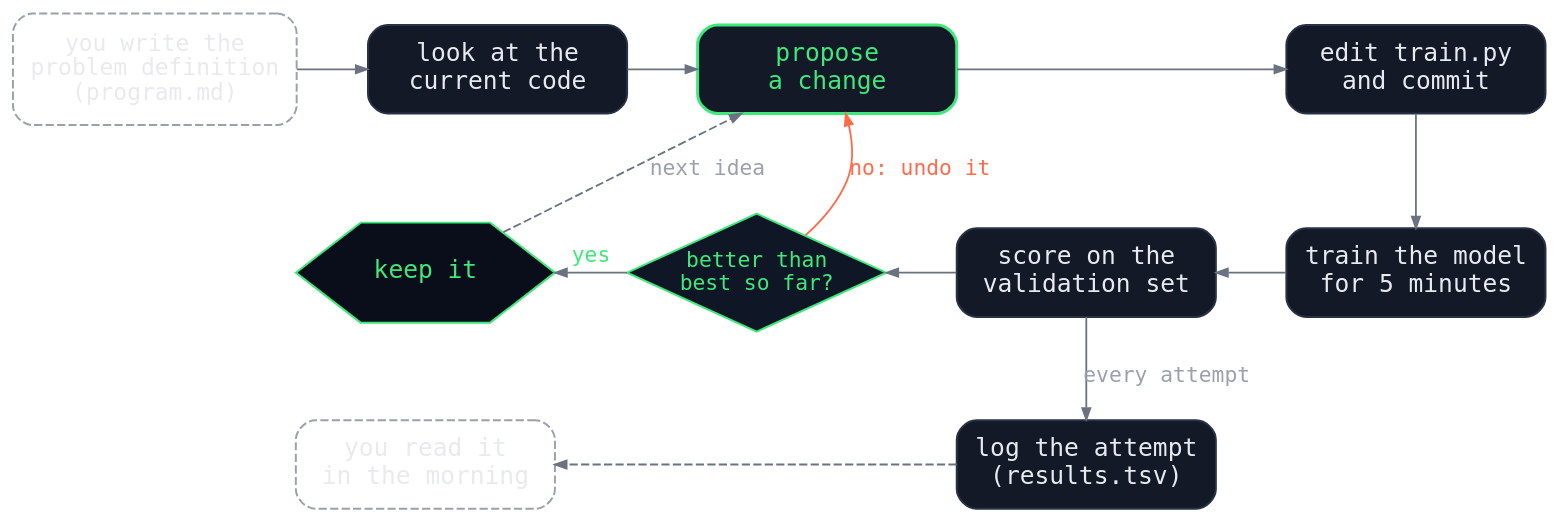
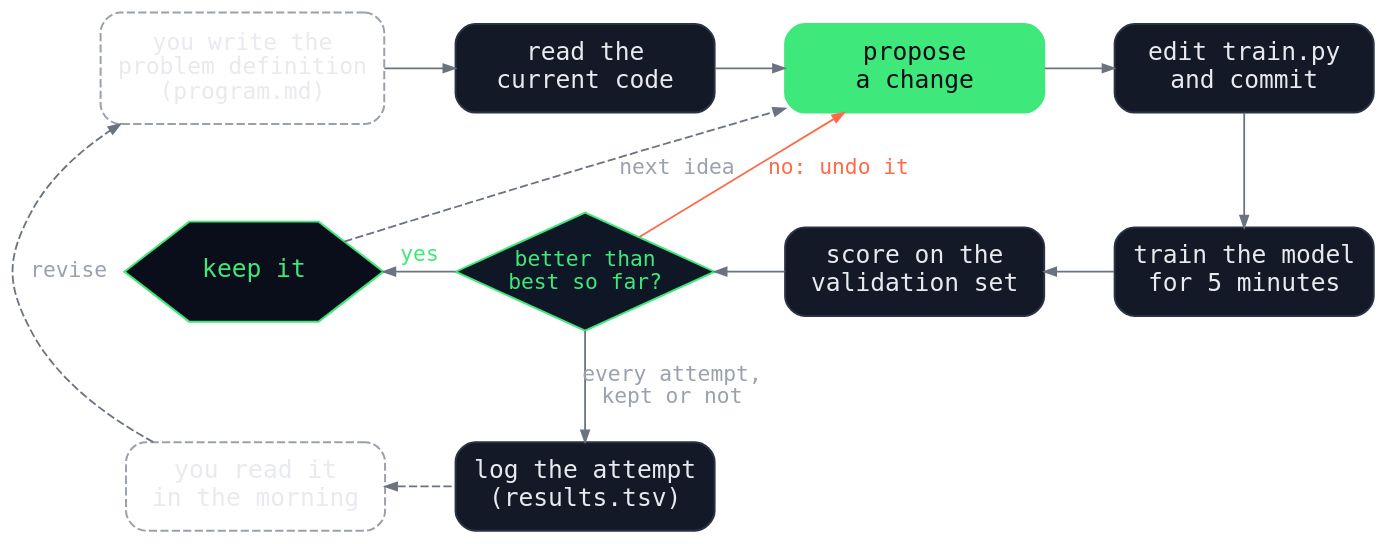
Before and after one commit to marketneutral/marketneutral.github.io: the diagram in src/posts/ai-scientist/autoresearch-loop.dot, drawn with Graphviz. The commit also changed 7 other files, not shown here.

```diff
--- a/src/posts/ai-scientist/autoresearch-loop.dot
+++ b/src/posts/ai-scientist/autoresearch-loop.dot
@@ -1,60 +1,62 @@
 // Source for autoresearch-loop.svg. Re-render with:
 //   dot -Tsvg autoresearch-loop.dot -o autoresearch-loop.svg
 // Deliberately mirrors scientific-method.dot: the same two-row layout, with
-// each step relabelled as the step autoresearch runs in its place. A third
-// row adds the log. Every step is the agent's unless it says "you".
+// each step relabelled as the step autoresearch runs in its place, and the
+// hypothesis slot filled in to mark the step handed to the model. A third row
+// adds the log. Every step is the agent's unless it says "you".
 digraph autoresearch {
   rankdir=TB;
   bgcolor="transparent";
   pad=0.25;
   nodesep=0.30;
   ranksep=0.55;
   fontname="IBM Plex Mono, Menlo, DejaVu Sans Mono, monospace";
   node [shape=box, style="rounded,filled", fillcolor="#131927", color="#2a3344",
         fontcolor="#e8eaf0", fontname="IBM Plex Mono, Menlo, DejaVu Sans Mono, monospace",
         fontsize=15, margin="0.10,0.14", penwidth=1.2, width=2.2, height=0.75, fixedsize=true];
   edge [color="#6b7280", arrowsize=0.7, penwidth=1.1,
         fontname="IBM Plex Mono, Menlo, DejaVu Sans Mono, monospace",
         fontsize=13, fontcolor="#9aa1ad"];
 
   PM   [label="you write the\nproblem definition\n(program.md)", style="rounded,dashed", color="#9aa1ad", width=2.4, height=0.95, fontsize=14];
-  READ [label="look at the\ncurrent code"];
-  H    [label="propose\na change", color="#3ee87a", fontcolor="#3ee87a", penwidth=1.8];
+  READ [label="read the\ncurrent code"];
+  H    [label="propose\na change", fillcolor="#3ee87a", color="#3ee87a", fontcolor="#0a0e1a"];
   P    [label="edit train.py\nand commit"];
   T    [label="keep it", shape=hexagon, style="filled", fillcolor="#0a0e1a",
         color="#3ee87a", fontcolor="#3ee87a", margin="0.04,0.02", width=2.2, height=0.85, fixedsize=true];
   D    [shape=diamond, style="filled", fillcolor="#0f1726", color="#3ee87a",
         fontcolor="#3ee87a", label="better than\nbest so far?", margin="0.04,0.02", fontsize=13, width=2.2, height=1.0, fixedsize=true];
   R    [label="score on the\nvalidation set"];
   X    [label="train the model\nfor 5 minutes"];
   YOU  [label="you read it\nin the morning", style="rounded,dashed", color="#9aa1ad"];
   LOG  [label="log the attempt\n(results.tsv)"];
 
   { rank=same; PM; READ; H; P; }
   { rank=same; T; D; R; X; }
   { rank=same; YOU; LOG; }
 
+  // Flat edges fix left-to-right order within a row: the tail goes left of
+  // the head. Rows that read right to left use dir=back.
   // top row, left to right
-  PM -> READ [constraint=false];
-  READ -> H [constraint=false];
-  H -> P [constraint=false];
+  PM -> READ;
+  READ -> H;
+  H -> P;
 
   // carriage return
   P -> X;
 
   // bottom row, right to left
-  X -> R [constraint=false];
-  R -> D [constraint=false];
-  D -> T [constraint=false, label="yes", fontcolor="#3ee87a"];
+  R -> X [dir=back];
+  D -> R [dir=back];
+  T -> D [dir=back, label="yes", fontcolor="#3ee87a"];
 
   // feedback
   T -> H [style=dashed, label="next idea", constraint=false, fontcolor="#9aa1ad"];
   D -> H [label="no: undo it", constraint=false, color="#ff6b4a", fontcolor="#ff6b4a"];
 
-  // third row: every attempt, kept or not, goes in the log
-  R -> LOG [label="every attempt"];
-  LOG -> YOU [constraint=false, style=dashed];
+  // third row: every attempt, kept or not, goes in the log, which you read
+  D -> LOG [label="every attempt,\nkept or not"];
+  YOU -> LOG [dir=back, style=dashed];
+  YOU -> PM [constraint=false, style=dashed, label="revise", fontcolor="#9aa1ad"];
 
-  // keep the third row under the middle of the diagram
-  T -> YOU [style=invis];
 }
```
